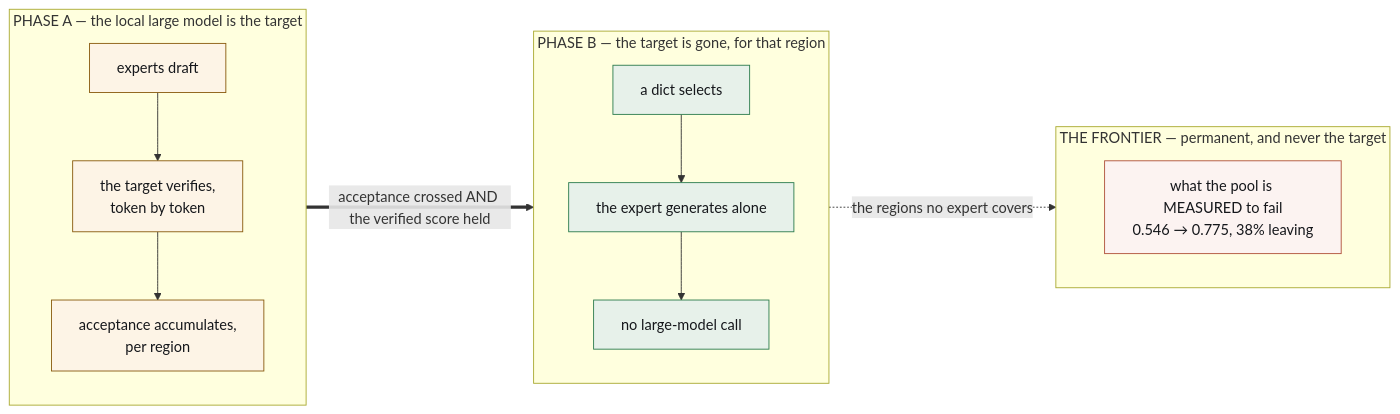
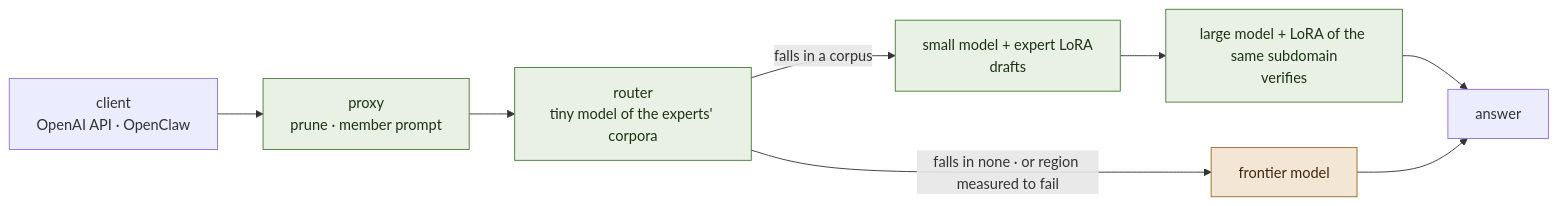
One commit to EvolvingAgentsLabs/lora-kernel changed the diagram in README.md. Above: the diagram before and after it, drawn with Mermaid. The commit also changed other lines of this file and 443 other files, not shown here.

First line of the commit message:
Rewrite: experts are corpora — a tiny router, a speculative pair per subdomain, Qwen 3.x; the tree cleaned to what works (#225)

````diff
--- a/README.md
+++ b/README.md
@@ -392,24 +45,14 @@
 ```mermaid
 flowchart LR
-    subgraph PA["PHASE A — the local large model is the target"]
-        direction TB
-        A1["experts draft"] --> A2["the target verifies,<br>token by token"] --> A3["acceptance accumulates,<br>per region"]
-    end
-    subgraph PB["PHASE B — the target is gone, for that region"]
-        direction TB
-        B1["a dict selects"] --> B2["the expert generates alone"] --> B3["no large-model call"]
-    end
-    subgraph FR["THE FRONTIER — permanent, and never the target"]
-        direction TB
-        F1["what the pool is MEASURED to fail<br>0.546 → 0.775, 38% leaving"]
-    end
-    PA == "acceptance crossed AND the verified score held" ==> PB
-    PB -. "the regions no expert covers" .-> FR
-
-    classDef a fill:#FDF4E6,stroke:#8A5C10,color:#15171B
-    classDef b fill:#E7F1EA,stroke:#2E7D4F,color:#15171B
-    classDef f fill:#FCF3F1,stroke:#B0523C,color:#15171B
-    class A1,A2,A3 a
-    class B1,B2,B3 b
-    class F1 f
+    C["client<br>OpenAI API · OpenClaw"] --> P["proxy<br>prune · member prompt"]
+    P --> R["router<br>tiny model of the experts' corpora"]
+    R -- "falls in a corpus" --> S["small model + expert LoRA<br>drafts"]
+    S --> L["large model + LoRA of the same subdomain<br>verifies"]
+    R -- "falls in none · or region measured to fail" --> F["frontier model"]
+    L --> A["answer"]
+    F --> A
+    classDef local fill:#e8f1e4,stroke:#4a7a3a,color:#1d3314
+    classDef out fill:#f4e6d4,stroke:#9a6a2a,color:#3d2a0e
+    class P,R,S,L local
+    class F out
 ```
````
